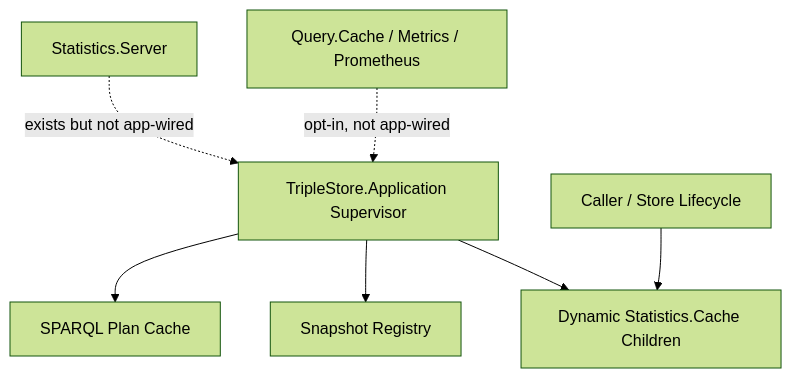
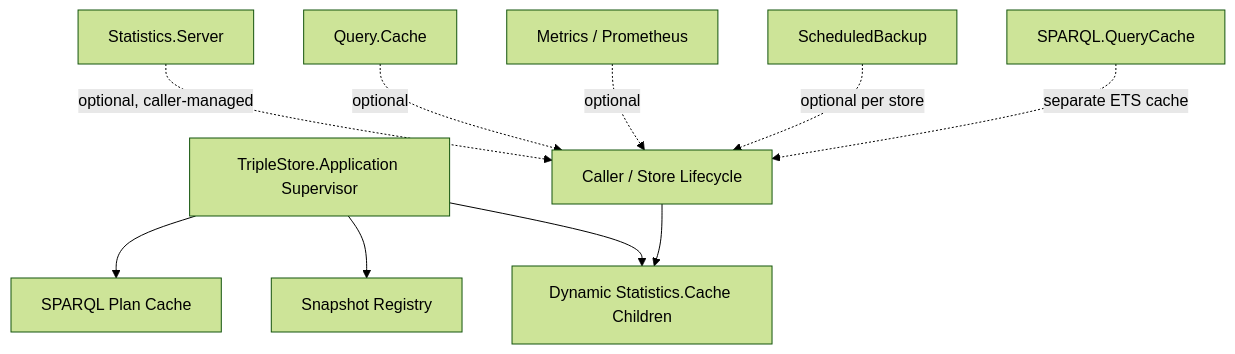
One commit to pcharbon70/triple_store changed the diagram in specs/runtime/application_and_support_services.md. Above: the diagram before and after it, drawn with Mermaid (forest theme). The commit also changed other lines of this file and 25 other files, not shown here.

Commit message:
Backfill specs from current architecture

````diff
--- a/specs/runtime/application_and_support_services.md
+++ b/specs/runtime/application_and_support_services.md
@@ -28,9 +29,13 @@
 ```mermaid
 graph TD
   A["TripleStore.Application Supervisor"] --> B["SPARQL Plan Cache"]
   A --> C["Snapshot Registry"]
   A --> D["Dynamic Statistics.Cache Children"]
+
   E["Caller / Store Lifecycle"] --> D
-  F["Statistics.Server"] -. exists but not app-wired .-> A
-  G["Query.Cache / Metrics / Prometheus"] -. opt-in, not app-wired .-> A
+  F["Statistics.Server"] -. optional, caller-managed .-> E
+  G["Query.Cache"] -. optional .-> E
+  H["Metrics / Prometheus"] -. optional .-> E
+  I["ScheduledBackup"] -. optional per store .-> E
+  J["SPARQL.QueryCache"] -. separate ETS cache .-> E
 ```
````
